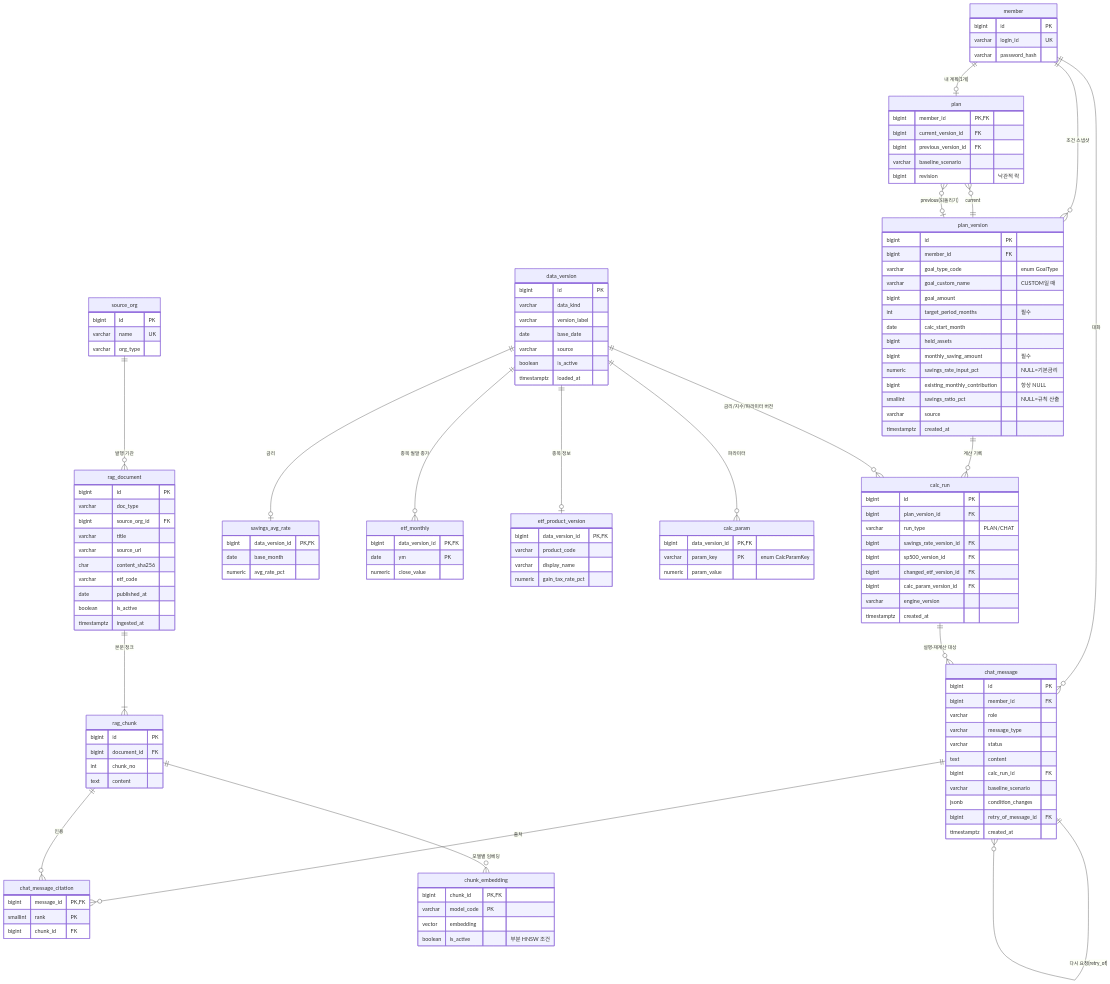
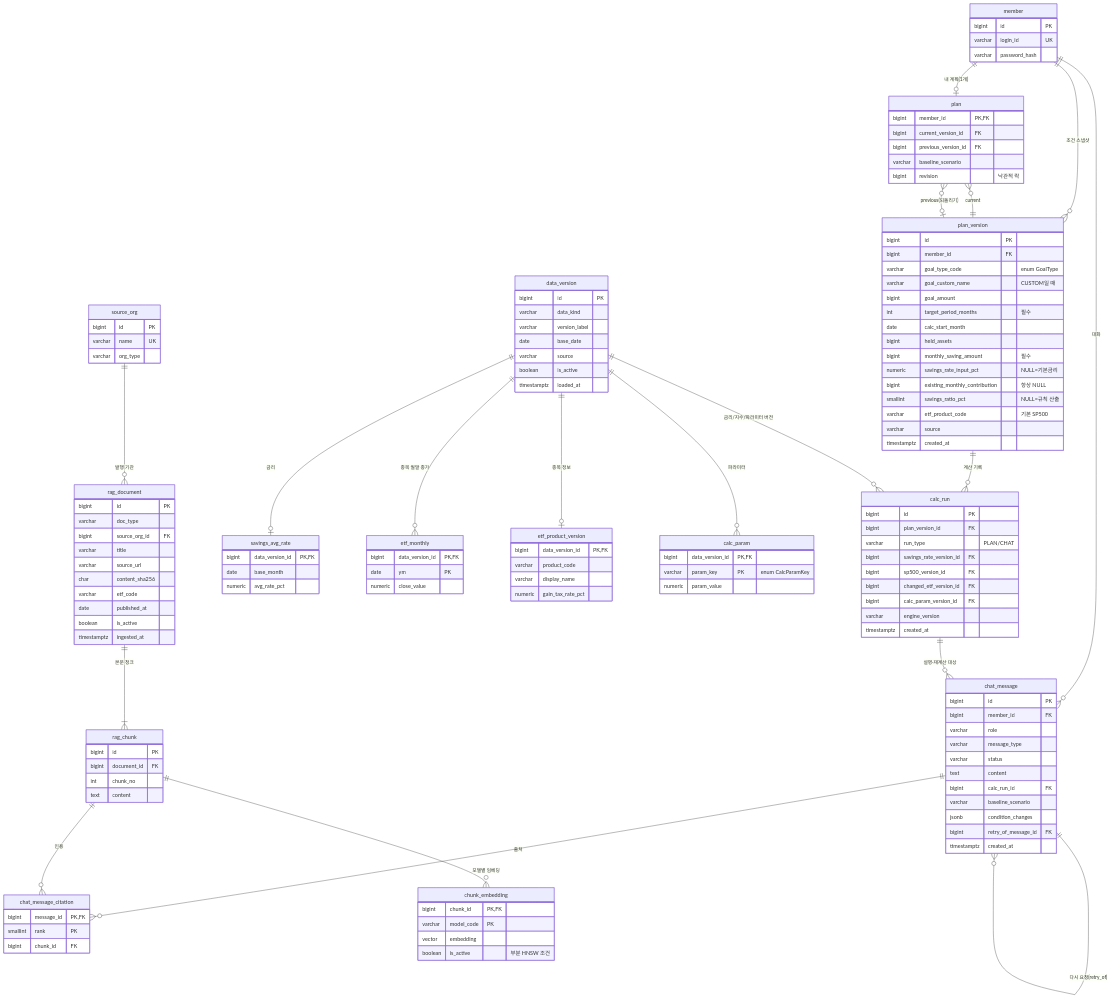
One commit to shinhan-career-next-team-4/moeun changed the diagram in db/erd.md. Above: the diagram before and after it, drawn with Mermaid. The commit also changed other lines of this file and 2 other files, not shown here.

Commit message:
docs: 계획 응답과 테이블 문서에 ETF 종목 코드를 더한다 (#154)

```diff
--- a/db/erd.md
+++ b/db/erd.md
@@ -65,6 +65,7 @@
         numeric savings_rate_input_pct "NULL=기본금리"
         bigint existing_monthly_contribution "항상 NULL"
         smallint savings_ratio_pct "NULL=규칙 산출"
+        varchar etf_product_code "기본 SP500"
         varchar source
         timestamptz created_at
     }
```
